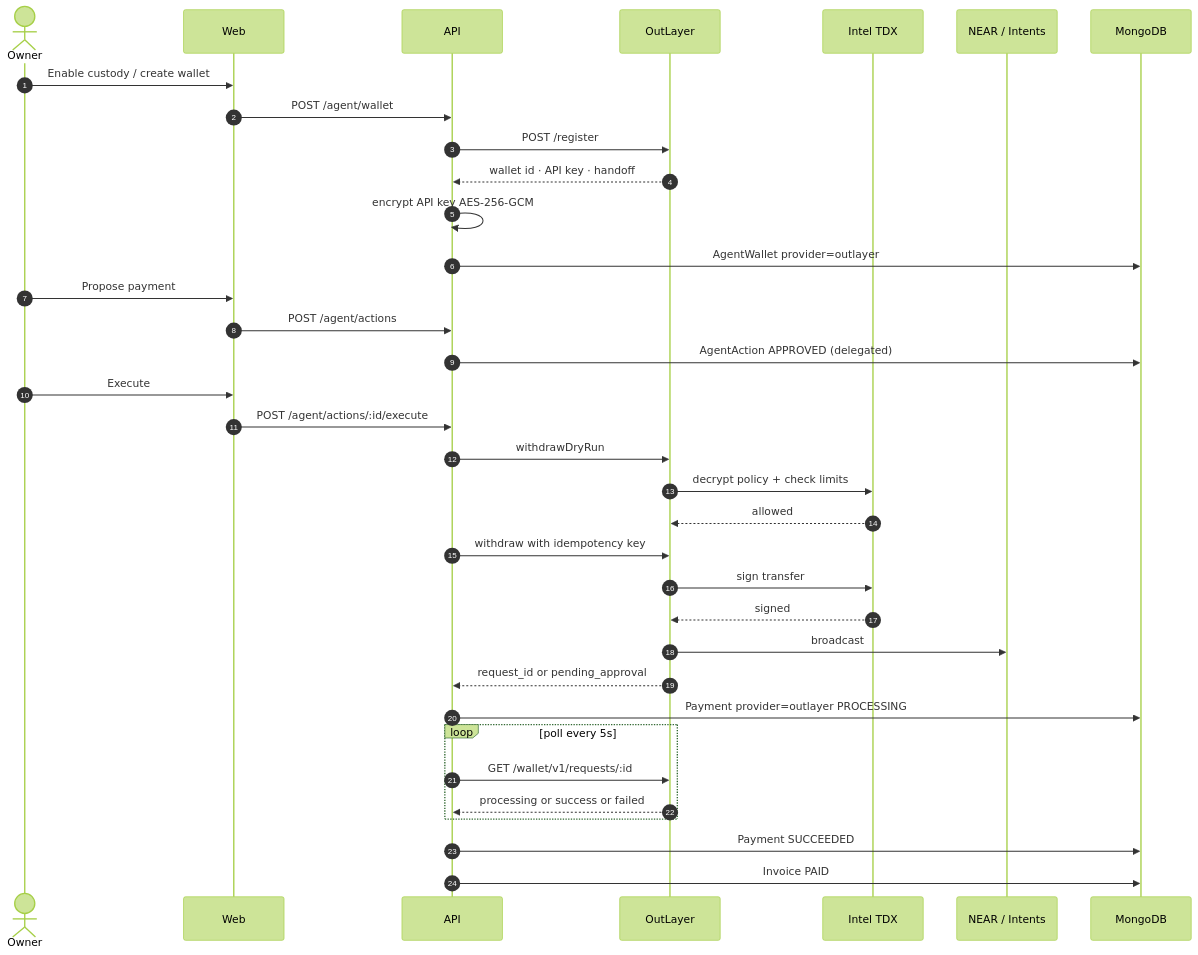
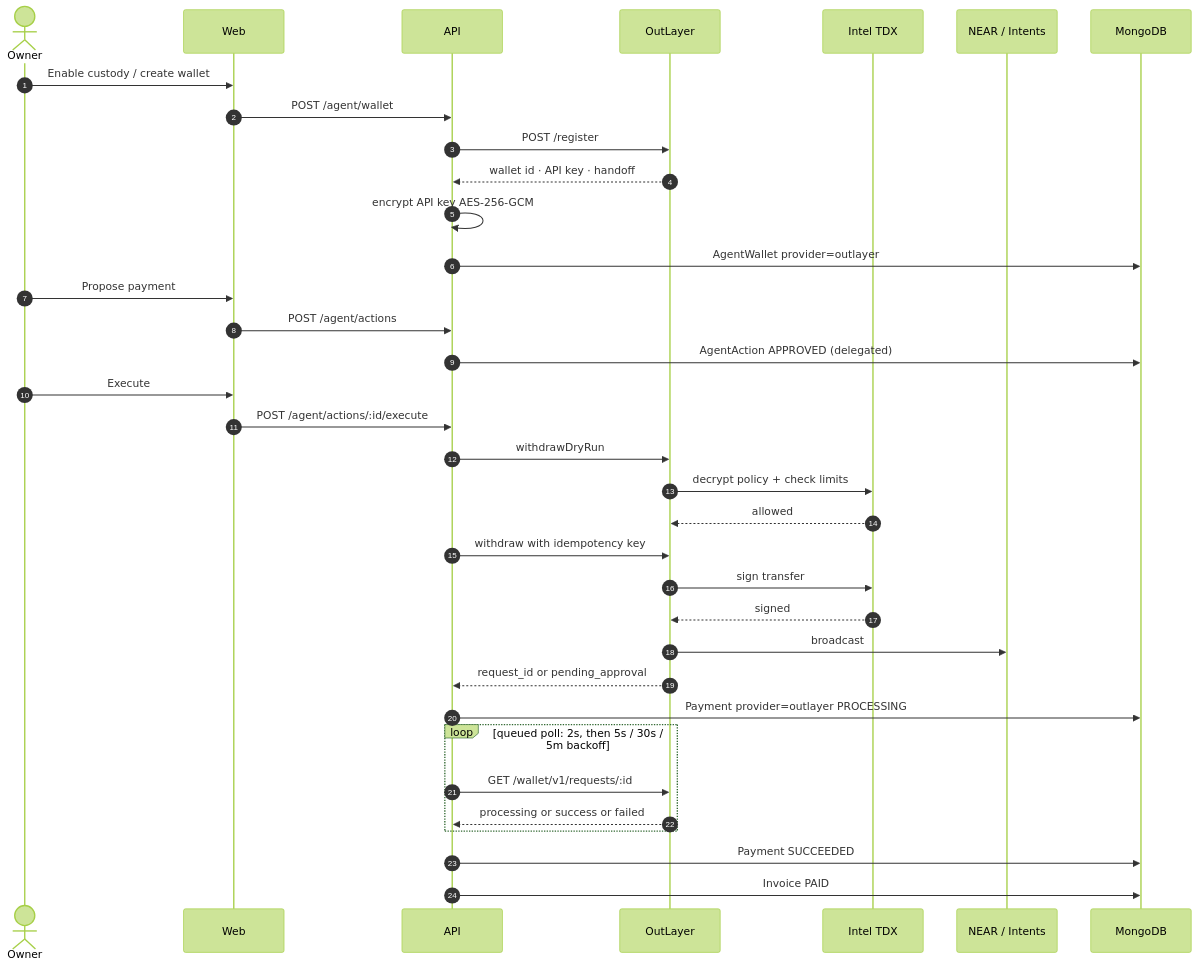
Before and after one commit to cryingraven/keiz-platform: diagram 11 of 16 in docs/architecture.md, drawn with Mermaid (forest theme). The commit also changed other lines of this file and 7 other files, not shown here.

````diff
--- a/docs/architecture.md
+++ b/docs/architecture.md
@@ -363,42 +420,42 @@
 ```mermaid
 sequenceDiagram
   autonumber
   actor O as Owner
   participant W as Web
   participant A as API
   participant OL as OutLayer
   participant TEE as Intel TDX
   participant P as NEAR / Intents
   participant DB as MongoDB
 
   O->>W: Enable custody / create wallet
   W->>A: POST /agent/wallet
   A->>OL: POST /register
   OL-->>A: wallet id · API key · handoff
   A->>A: encrypt API key AES-256-GCM
   A->>DB: AgentWallet provider=outlayer
 
   O->>W: Propose payment
   W->>A: POST /agent/actions
   A->>DB: AgentAction APPROVED (delegated)
 
   O->>W: Execute
   W->>A: POST /agent/actions/:id/execute
   A->>OL: withdrawDryRun
   OL->>TEE: decrypt policy + check limits
   TEE-->>OL: allowed
   A->>OL: withdraw with idempotency key
   OL->>TEE: sign transfer
   TEE-->>OL: signed
   OL->>P: broadcast
   OL-->>A: request_id or pending_approval
   A->>DB: Payment provider=outlayer PROCESSING
 
-  loop poll every 5s
+  loop queued poll: 2s, then 5s / 30s / 5m backoff
     A->>OL: GET /wallet/v1/requests/:id
     OL-->>A: processing or success or failed
   end
 
   A->>DB: Payment SUCCEEDED
   A->>DB: Invoice PAID
 ```
````
